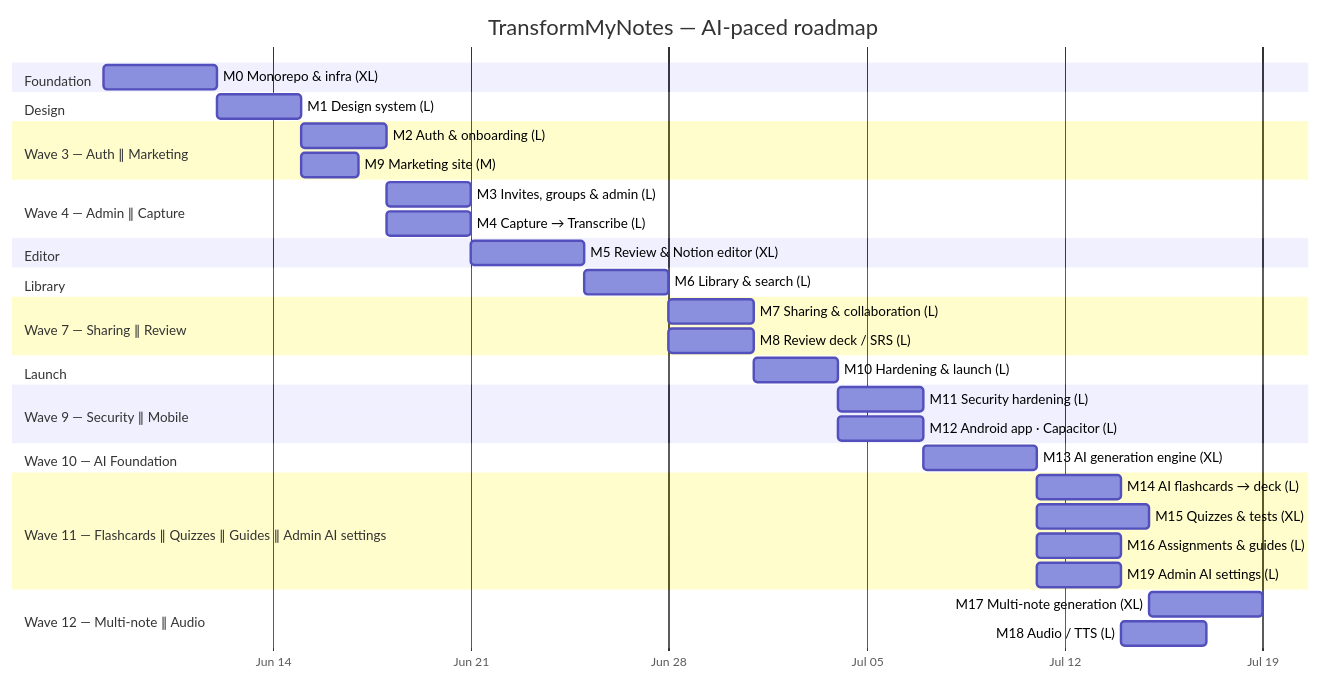
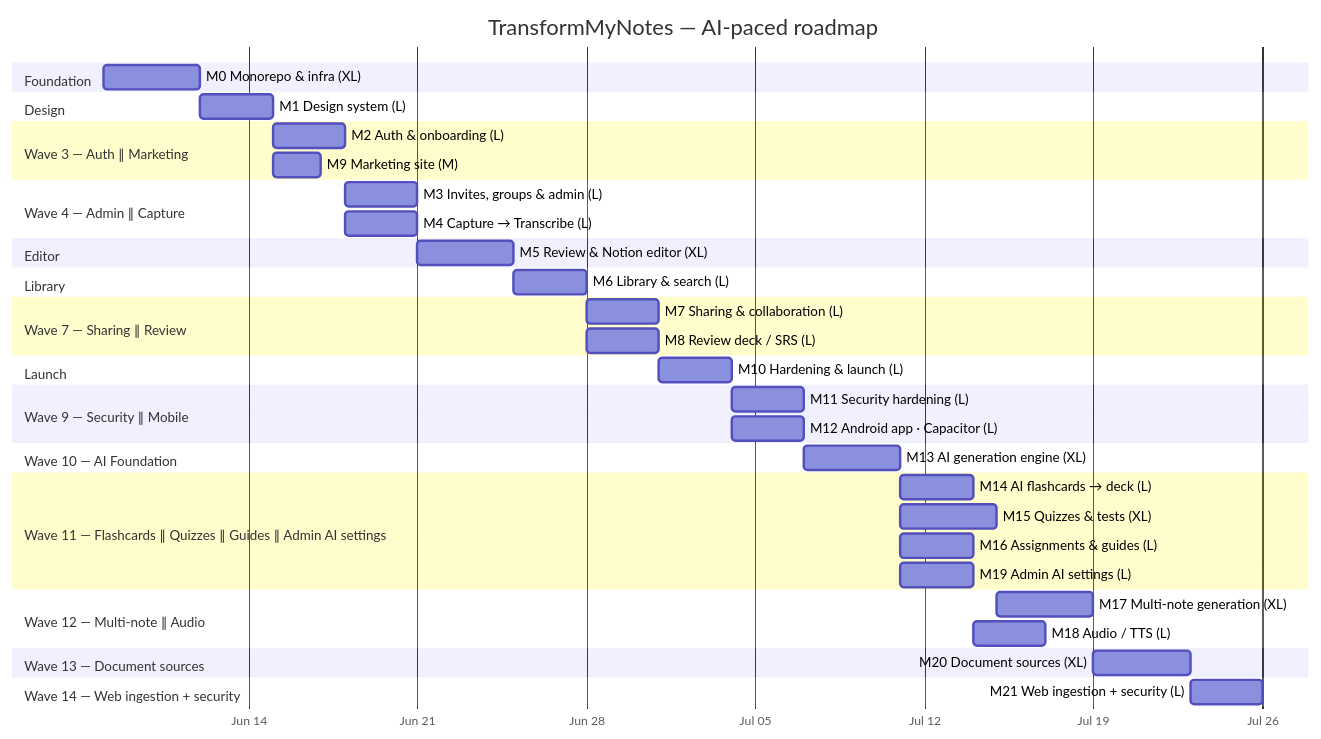
Before and after one commit to jasonp2323/transformmynotes: the second of 2 diagrams in docs/milestones/ROADMAP.md, drawn with Mermaid. The commit also changed other lines of this file and 1 other file, not shown here.

First line of the commit message:
docs: index M20–M21 in roadmap and milestone README

````diff
--- a/docs/milestones/ROADMAP.md
+++ b/docs/milestones/ROADMAP.md
@@ -64,38 +71,42 @@
 ```mermaid
 gantt
   title TransformMyNotes — AI-paced roadmap
   dateFormat YYYY-MM-DD
   axisFormat %b %d
   section Foundation
   M0 Monorepo & infra (XL)      :m0, 2026-06-08, 4d
   section Design
   M1 Design system (L)          :m1, after m0, 3d
   section Wave 3 — Auth ∥ Marketing
   M2 Auth & onboarding (L)      :m2, after m1, 3d
   M9 Marketing site (M)         :m9, after m1, 2d
   section Wave 4 — Admin ∥ Capture
   M3 Invites, groups & admin (L):m3, after m2, 3d
   M4 Capture → Transcribe (L)   :m4, after m2, 3d
   section Editor
   M5 Review & Notion editor (XL):m5, after m4, 4d
   section Library
   M6 Library & search (L)       :m6, after m5, 3d
   section Wave 7 — Sharing ∥ Review
   M7 Sharing & collaboration (L):m7, after m6, 3d
   M8 Review deck / SRS (L)      :m8, after m6, 3d
   section Launch
   M10 Hardening & launch (L)    :m10, after m8, 3d
   section Wave 9 — Security ∥ Mobile
   M11 Security hardening (L)    :m11, after m10, 3d
   M12 Android app · Capacitor (L):m12, after m10, 3d
   section Wave 10 — AI Foundation
   M13 AI generation engine (XL) :m13, 2026-07-07, 4d
   section Wave 11 — Flashcards ∥ Quizzes ∥ Guides ∥ Admin AI settings
   M14 AI flashcards → deck (L)  :m14, after m13, 3d
   M15 Quizzes & tests (XL)      :m15, after m13, 4d
   M16 Assignments & guides (L)  :m16, after m13, 3d
   M19 Admin AI settings (L)     :m19, after m13, 3d
   section Wave 12 — Multi-note ∥ Audio
   M17 Multi-note generation (XL):m17, after m15, 4d
   M18 Audio / TTS (L)           :m18, after m14, 3d
+  section Wave 13 — Document sources
+  M20 Document sources (XL)     :m20, after m17, 4d
+  section Wave 14 — Web ingestion + security
+  M21 Web ingestion + security (L):m21, after m20, 3d
 ```
````
